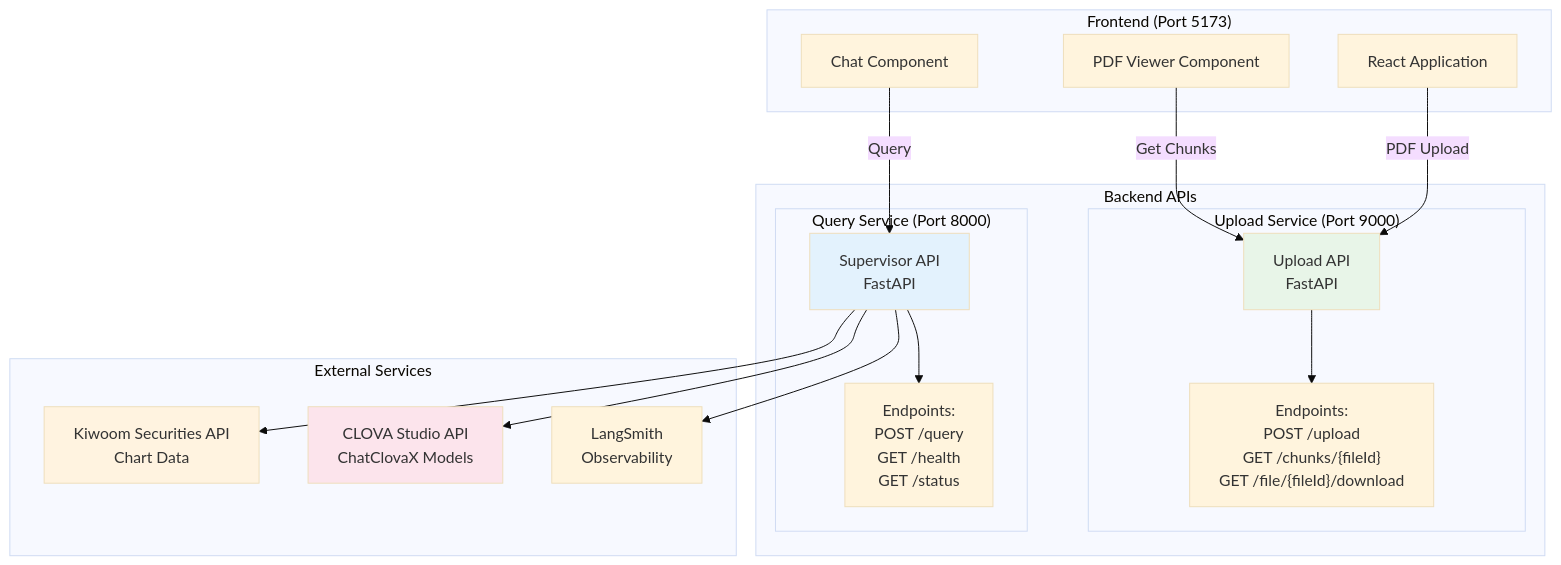
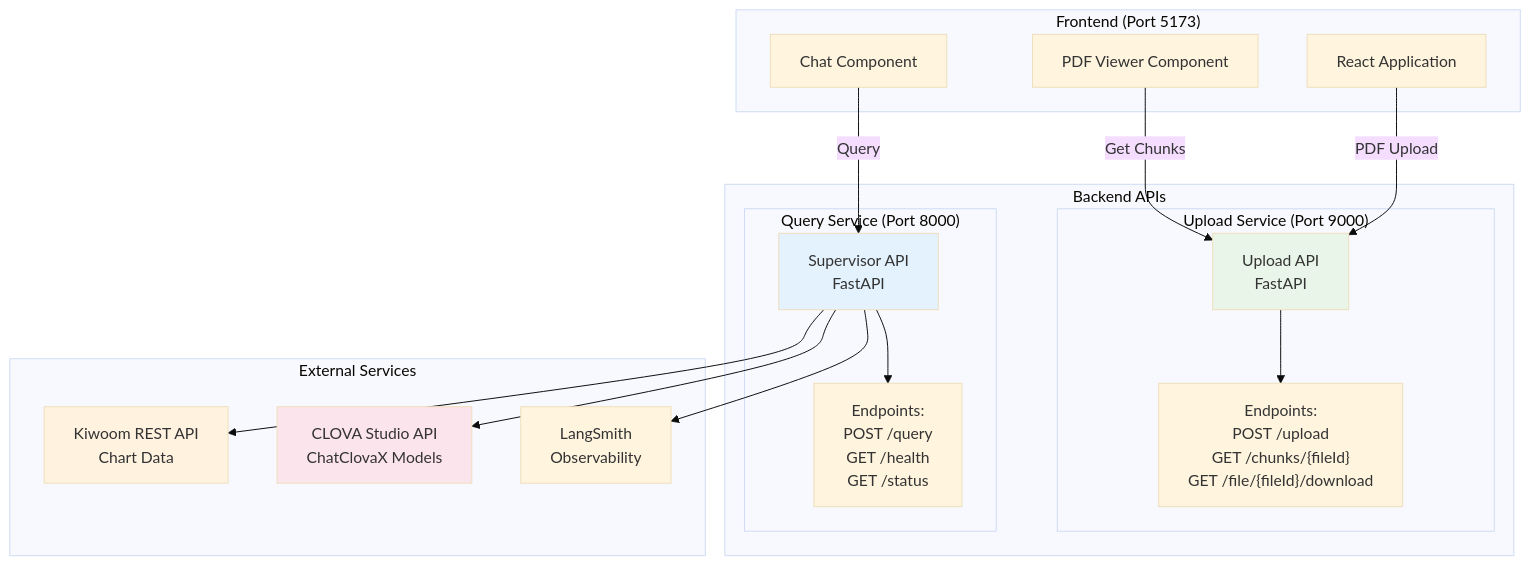
One commit to yuujinnn/Stockreport-reader changed the eighth of 12 diagrams in backend/MULTI_AGENT_SYSTEM_DOCUMENTATION.md. Above: the diagram before and after it, drawn with Mermaid (base theme). The commit also changed other lines of this file and 16 other files, not shown here.

````diff
--- a/backend/MULTI_AGENT_SYSTEM_DOCUMENTATION.md
+++ b/backend/MULTI_AGENT_SYSTEM_DOCUMENTATION.md
@@ -382,42 +382,42 @@
 ```mermaid
 graph TB
     subgraph "Frontend (Port 5173)"
         ReactApp[React Application]
         PDFViewer[PDF Viewer Component]
         ChatComponent[Chat Component]
     end
     
     subgraph "Backend APIs"
         subgraph "Upload Service (Port 9000)"
             UploadAPI[Upload API<br/>FastAPI]
             UploadEndpoints["Endpoints:<br/>POST /upload<br/>GET /chunks/{fileId}<br/>GET /file/{fileId}/download"]
         end
         
         subgraph "Query Service (Port 8000)"
             SupervisorAPI[Supervisor API<br/>FastAPI]
             QueryEndpoints["Endpoints:<br/>POST /query<br/>GET /health<br/>GET /status"]
         end
     end
     
     subgraph "External Services"
-        KiwoomAPI[Kiwoom Securities API<br/>Chart Data]
+        KiwoomAPI[Kiwoom REST API<br/>Chart Data]
         ClovaAPI[CLOVA Studio API<br/>ChatClovaX Models]
         LangSmith[LangSmith<br/>Observability]
     end
     
     ReactApp -->|PDF Upload| UploadAPI
     PDFViewer -->|Get Chunks| UploadAPI
     ChatComponent -->|Query| SupervisorAPI
     
     UploadAPI --> UploadEndpoints
     SupervisorAPI --> QueryEndpoints
     
     SupervisorAPI --> ClovaAPI
     SupervisorAPI --> KiwoomAPI
     SupervisorAPI --> LangSmith
     
     style UploadAPI fill:#e8f5e8
     style SupervisorAPI fill:#e3f2fd
     style KiwoomAPI fill:#fff3e0
     style ClovaAPI fill:#fce4ec
 ```
````
